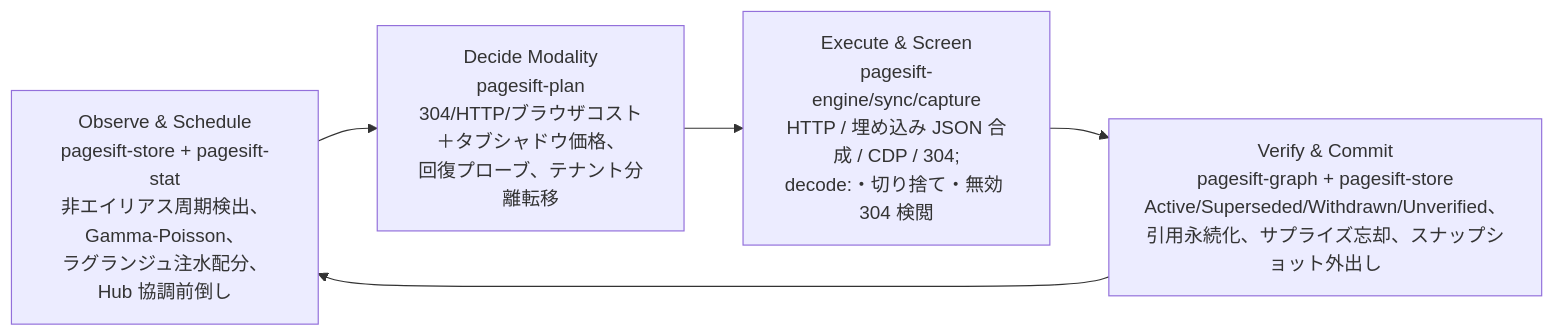
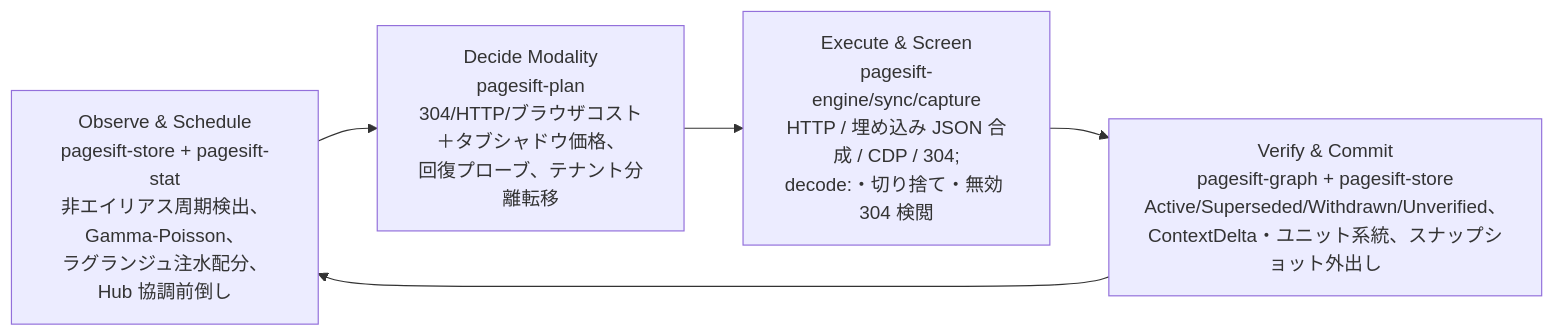
Before and after one commit to YOLOW92/pagesift: the second of 4 diagrams in docs/README.ja.md, drawn with Mermaid. The commit also changed other lines of this file and 167 other files, not shown here.

````diff
--- a/docs/README.ja.md
+++ b/docs/README.ja.md
@@ -176,9 +185,9 @@
 ```mermaid
 flowchart LR
     Obs["Observe & Schedule<br/>pagesift-store + pagesift-stat<br/>非エイリアス周期検出、Gamma-Poisson、<br/>ラグランジュ注水配分、Hub 協調前倒し"]
     Dec["Decide Modality<br/>pagesift-plan<br/>304/HTTP/ブラウザコスト＋タブシャドウ価格、<br/>回復プローブ、テナント分離転移"]
     Exe["Execute & Screen<br/>pagesift-engine/sync/capture<br/>HTTP / 埋め込み JSON 合成 / CDP / 304;<br/>decode:・切り捨て・無効 304 検閲"]
-    Ver["Verify & Commit<br/>pagesift-graph + pagesift-store<br/>Active/Superseded/Withdrawn/Unverified、<br/>引用永続化、サプライズ忘却、スナップショット外出し"]
+    Ver["Verify & Commit<br/>pagesift-graph + pagesift-store<br/>Active/Superseded/Withdrawn/Unverified、<br/>ContextDelta・ユニット系統、スナップショット外出し"]
 
     Obs --> Dec --> Exe --> Ver --> Obs
 ```
````
